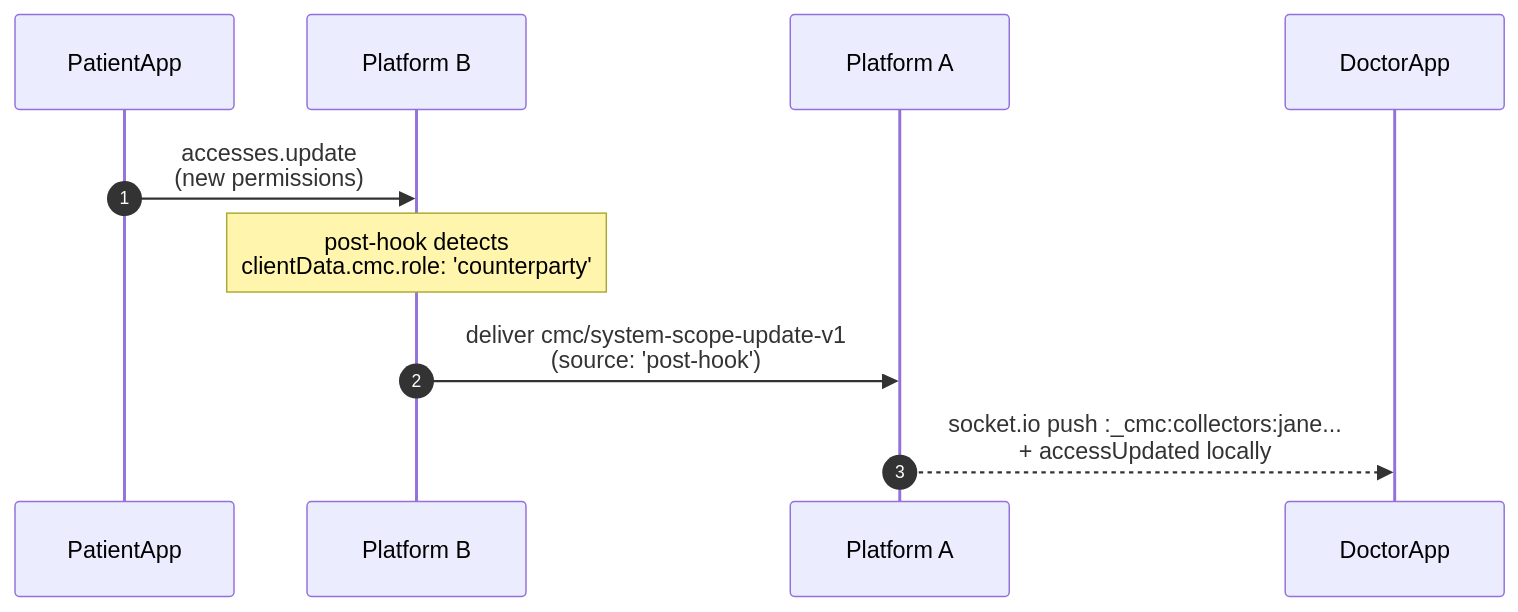
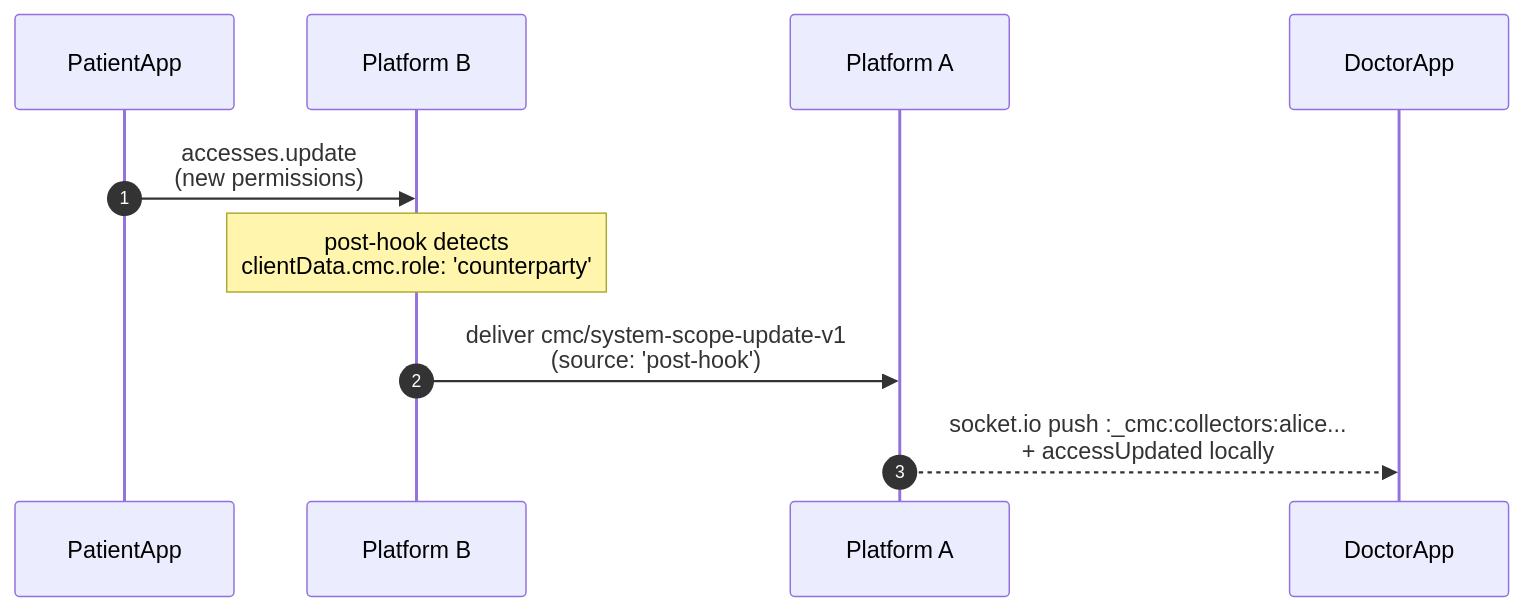
The fifth of 5 diagrams in components/cmc/IMPLEMENTERS-GUIDE.md (pryv/open-pryv.io), drawn with Mermaid before and after one commit. The commit also changed other lines of this file and 20 other files, not shown here.

````diff
--- a/components/cmc/IMPLEMENTERS-GUIDE.md
+++ b/components/cmc/IMPLEMENTERS-GUIDE.md
@@ -569,13 +569,13 @@
 ```mermaid
 sequenceDiagram
     autonumber
     participant PatientApp
     participant PlatformB as Platform B
     participant PlatformA as Platform A
     participant DoctorApp
 
     PatientApp->>PlatformB: accesses.update<br/>(new permissions)
     Note over PlatformB: post-hook detects<br/>clientData.cmc.role: 'counterparty'
     PlatformB->>PlatformA: deliver cmc/system-scope-update-v1<br/>(source: 'post-hook')
-    PlatformA-->>DoctorApp: socket.io push :_cmc:collectors:jane...<br/>+ accessUpdated locally
+    PlatformA-->>DoctorApp: socket.io push :_cmc:collectors:alice...<br/>+ accessUpdated locally
 ```
````
